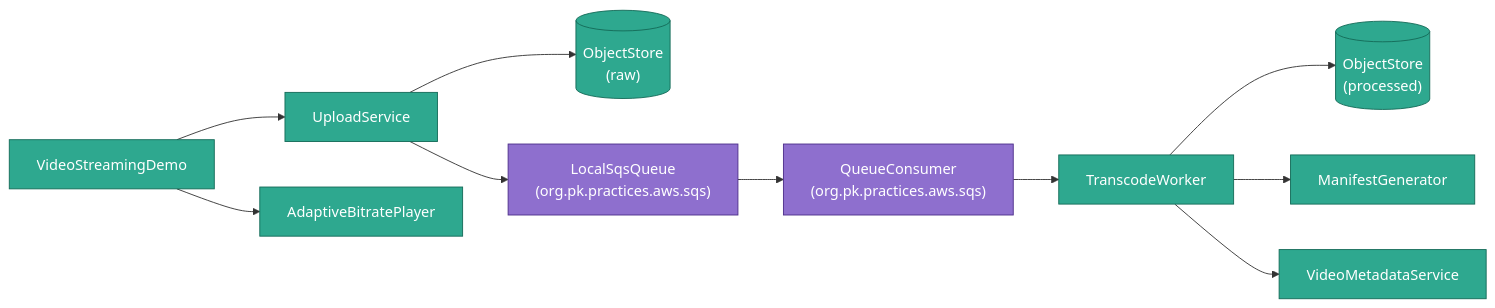
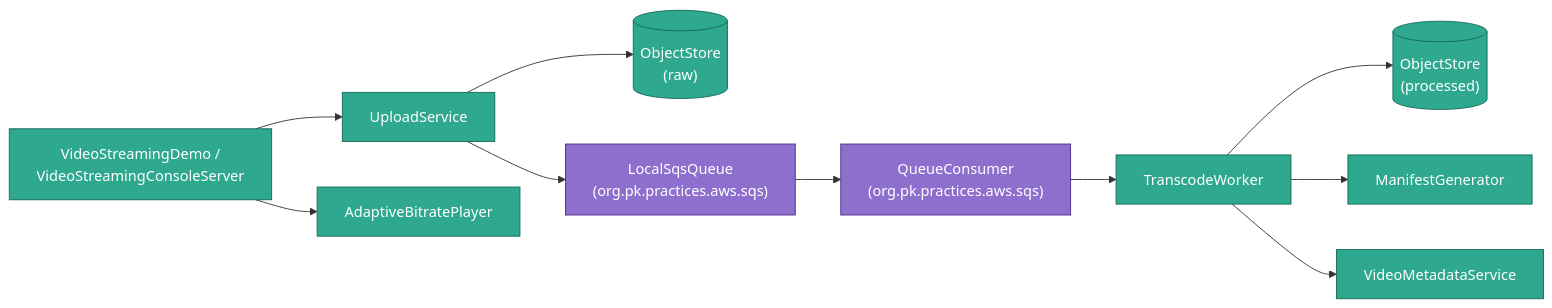
One commit to Pratyush576/CodingPractice changed the fifth of 8 diagrams in lib/src/main/java/org/pk/practices/design/videoStreaming/DESIGN.md. Above: the diagram before and after it, drawn with Mermaid. The commit also changed other lines of this file and 6 other files, not shown here.

````diff
--- a/lib/src/main/java/org/pk/practices/design/videoStreaming/DESIGN.md
+++ b/lib/src/main/java/org/pk/practices/design/videoStreaming/DESIGN.md
@@ -879,17 +881,17 @@
 ```mermaid
 flowchart LR
-    Demo["VideoStreamingDemo"] --> Upload["UploadService"]
+    Demo["VideoStreamingDemo /<br/>VideoStreamingConsoleServer"] --> Upload["UploadService"]
     Upload --> Raw[("ObjectStore<br/>(raw)")]
     Upload --> Queue["LocalSqsQueue<br/>(org.pk.practices.aws.sqs)"]
     Queue --> Consumer["QueueConsumer<br/>(org.pk.practices.aws.sqs)"]
     Consumer --> Worker["TranscodeWorker"]
     Worker --> Proc[("ObjectStore<br/>(processed)")]
     Worker --> Manifest["ManifestGenerator"]
     Worker --> Meta["VideoMetadataService"]
     Demo --> Player["AdaptiveBitratePlayer"]
 
     classDef real fill:#2ea88f,stroke:#146b58,color:#ffffff
     classDef reused fill:#8e6fce,stroke:#4d2e8a,color:#ffffff
     class Demo,Upload,Raw,Worker,Proc,Manifest,Meta,Player real
     class Queue,Consumer reused
 ```
````
